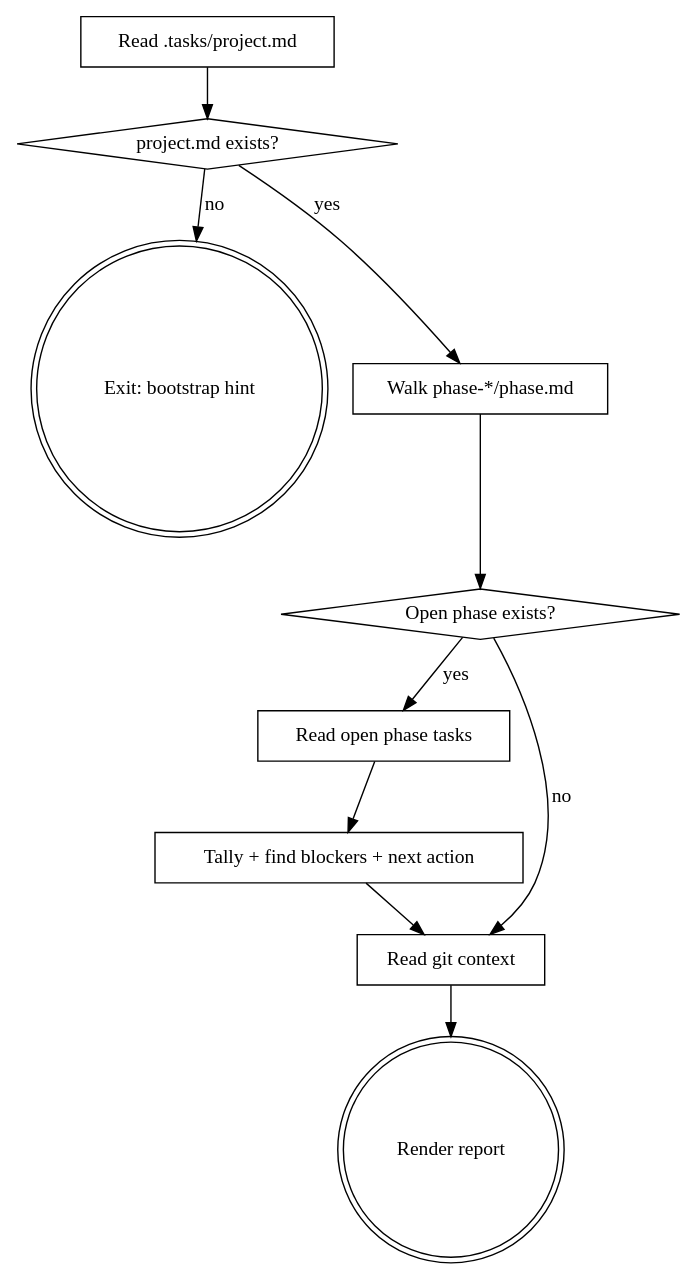
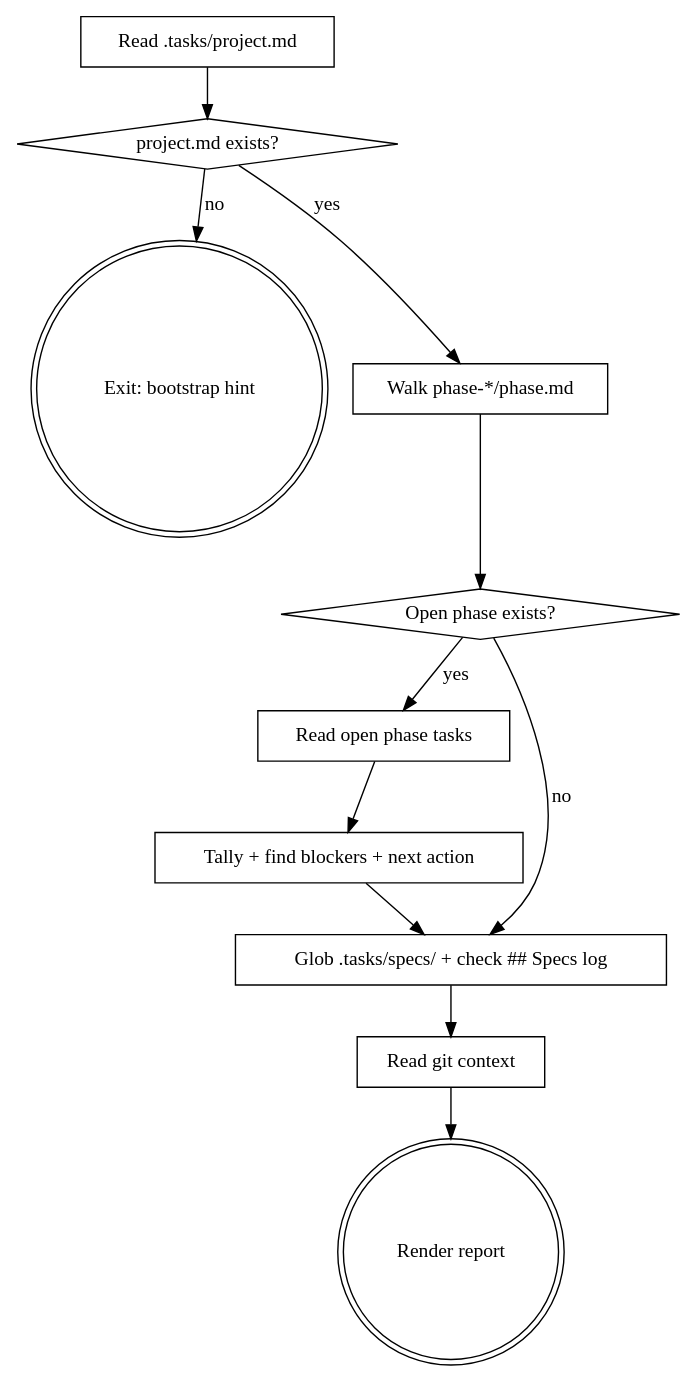
Before and after one commit to dx0ne/agent-skills: the diagram in skills/agentflow/project-status/SKILL.md, drawn with Graphviz. The commit also changed other lines of this file and 1 other file, not shown here.

First line of the commit message:
chore(task-01): done — Claude project-status detects unconsumed specs in .tasks/specs/

````diff
--- a/skills/agentflow/project-status/SKILL.md
+++ b/skills/agentflow/project-status/SKILL.md
@@ -28,23 +28,25 @@
 ```dot
 digraph status {
     "Read .tasks/project.md" [shape=box];
     "project.md exists?" [shape=diamond];
     "Exit: bootstrap hint" [shape=doublecircle];
     "Walk phase-*/phase.md" [shape=box];
     "Open phase exists?" [shape=diamond];
     "Read open phase tasks" [shape=box];
     "Tally + find blockers + next action" [shape=box];
+    "Glob .tasks/specs/ + check ## Specs log" [shape=box];
     "Read git context" [shape=box];
     "Render report" [shape=doublecircle];
 
     "Read .tasks/project.md" -> "project.md exists?";
     "project.md exists?" -> "Exit: bootstrap hint" [label="no"];
     "project.md exists?" -> "Walk phase-*/phase.md" [label="yes"];
     "Walk phase-*/phase.md" -> "Open phase exists?";
     "Open phase exists?" -> "Read open phase tasks" [label="yes"];
-    "Open phase exists?" -> "Read git context" [label="no"];
+    "Open phase exists?" -> "Glob .tasks/specs/ + check ## Specs log" [label="no"];
     "Read open phase tasks" -> "Tally + find blockers + next action";
-    "Tally + find blockers + next action" -> "Read git context";
+    "Tally + find blockers + next action" -> "Glob .tasks/specs/ + check ## Specs log";
+    "Glob .tasks/specs/ + check ## Specs log" -> "Read git context";
     "Read git context" -> "Render report";
 }
 ```
````
